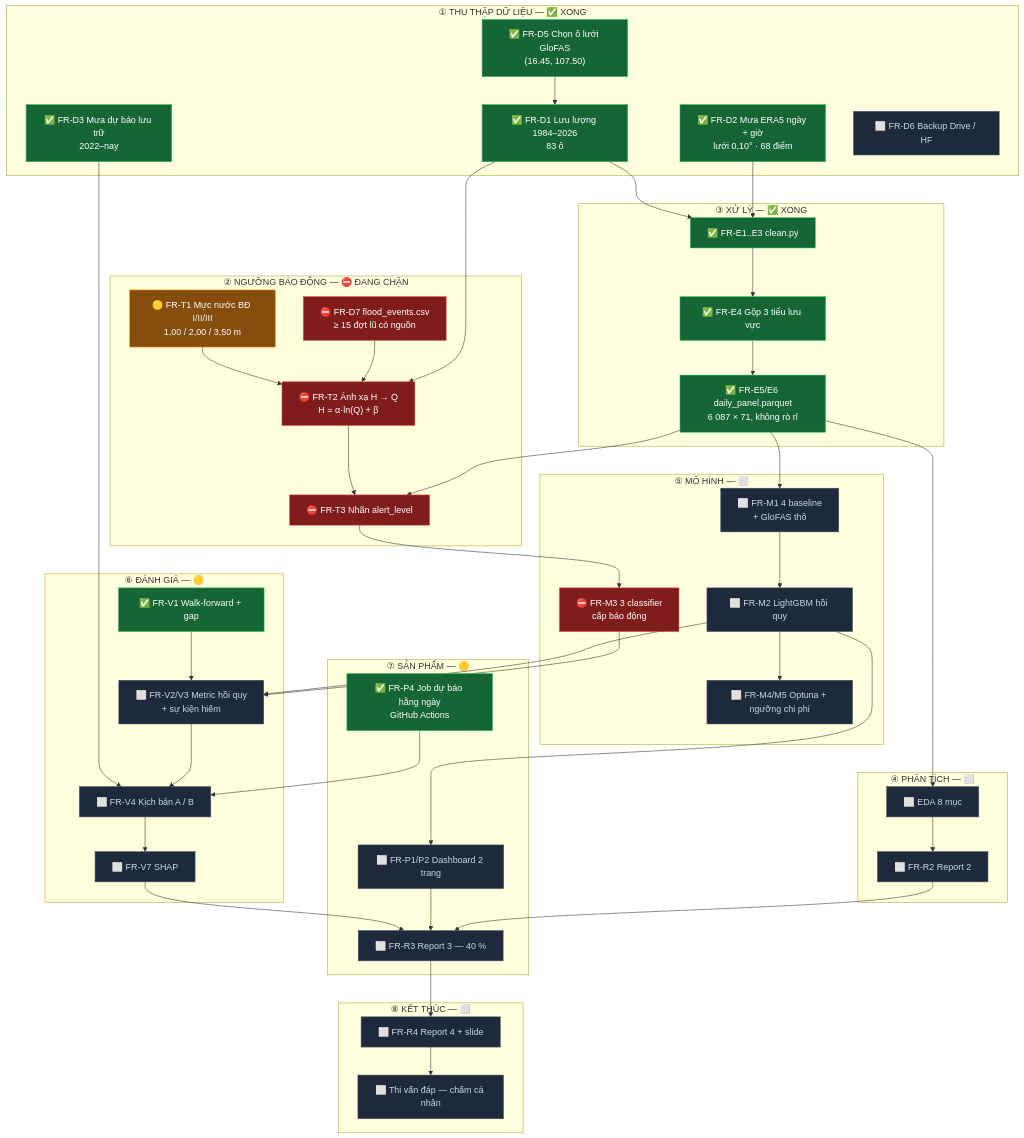
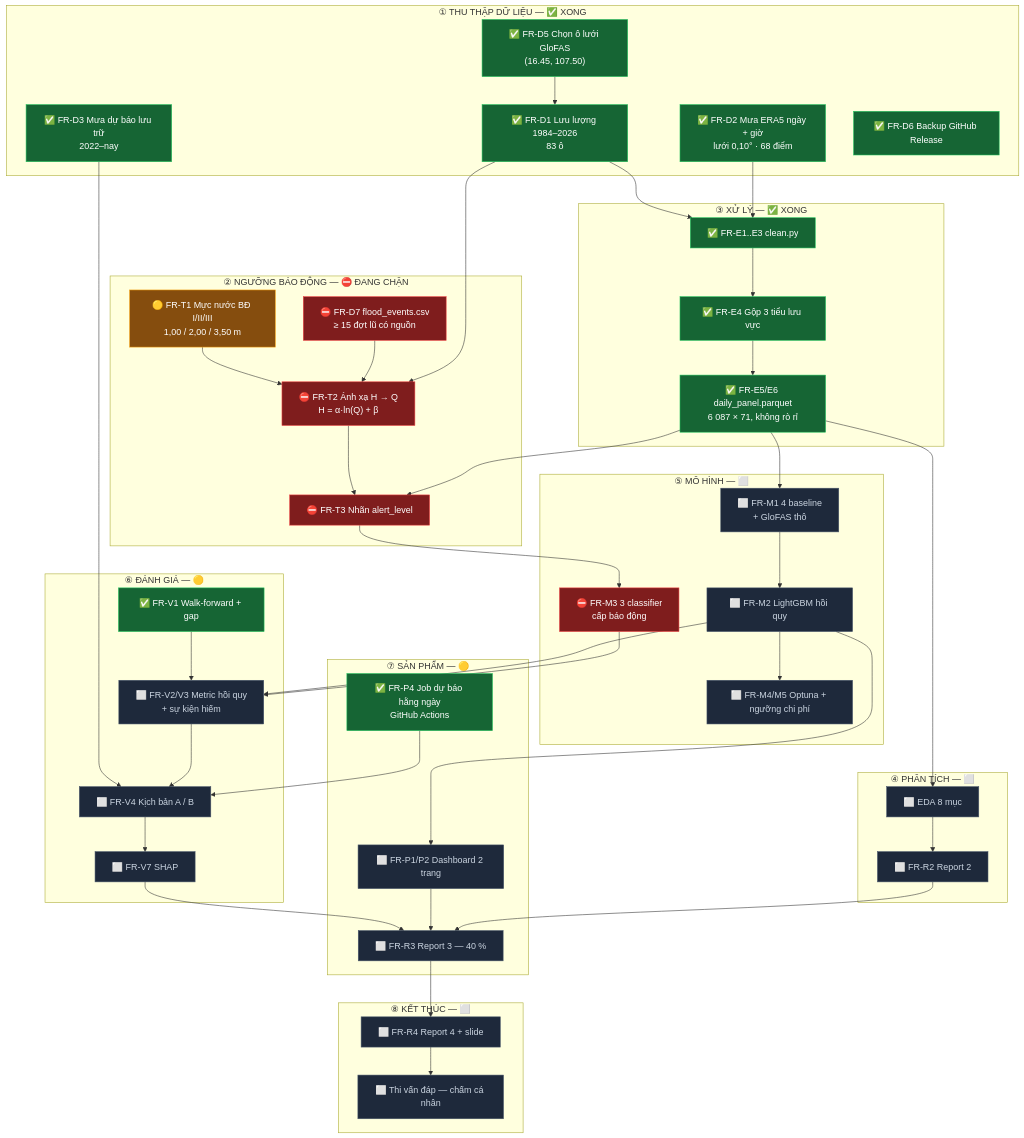
Before and after one commit to GiapDN-13/DSP391m-flood-forecast: the diagram in docs/FLOW.md, drawn with Mermaid. The commit also changed other lines of this file and 6 other files, not shown here.

First line of the commit message:
feat(data): sao luu 124 MB du lieu len GitHub Release (FR-D6)

````diff
--- a/docs/FLOW.md
+++ b/docs/FLOW.md
@@ -9,82 +9,82 @@
 ```mermaid
 flowchart TD
     subgraph A["① THU THẬP DỮ LIỆU — ✅ XONG"]
         A1["✅ FR-D5 Chọn ô lưới GloFAS<br/>(16.45, 107.50)"]
         A2["✅ FR-D1 Lưu lượng 1984–2026<br/>83 ô"]
         A3["✅ FR-D2 Mưa ERA5 ngày + giờ<br/>lưới 0,10° · 68 điểm"]
         A4["✅ FR-D3 Mưa dự báo lưu trữ<br/>2022–nay"]
-        A5["⬜ FR-D6 Backup Drive / HF"]
+        A5["✅ FR-D6 Backup GitHub Release"]
     end
 
     subgraph B["② NGƯỠNG BÁO ĐỘNG — ⛔ ĐANG CHẶN"]
         B1["🟡 FR-T1 Mực nước BĐ I/II/III<br/>1,00 / 2,00 / 3,50 m"]
         B2["⛔ FR-D7 flood_events.csv<br/>≥ 15 đợt lũ có nguồn"]
         B3["⛔ FR-T2 Ánh xạ H → Q<br/>H = α·ln(Q) + β"]
         B4["⛔ FR-T3 Nhãn alert_level"]
     end
 
     subgraph C["③ XỬ LÝ — ✅ XONG"]
         C1["✅ FR-E1..E3 clean.py"]
         C2["✅ FR-E4 Gộp 3 tiểu lưu vực"]
         C3["✅ FR-E5/E6 daily_panel.parquet<br/>6 087 × 71, không rò rỉ"]
     end
 
     subgraph D["④ PHÂN TÍCH — ⬜"]
         D1["⬜ EDA 8 mục"]
         D2["⬜ FR-R2 Report 2"]
     end
 
     subgraph E["⑤ MÔ HÌNH — ⬜"]
         E1["⬜ FR-M1 4 baseline<br/>+ GloFAS thô"]
         E2["⬜ FR-M2 LightGBM hồi quy"]
         E3["⛔ FR-M3 3 classifier<br/>cấp báo động"]
         E4["⬜ FR-M4/M5 Optuna + ngưỡng chi phí"]
     end
 
     subgraph F["⑥ ĐÁNH GIÁ — 🟡"]
         F1["✅ FR-V1 Walk-forward + gap"]
         F2["⬜ FR-V2/V3 Metric hồi quy<br/>+ sự kiện hiếm"]
         F3["⬜ FR-V4 Kịch bản A / B"]
         F4["⬜ FR-V7 SHAP"]
     end
 
     subgraph G["⑦ SẢN PHẨM — 🟡"]
         G1["✅ FR-P4 Job dự báo hằng ngày<br/>GitHub Actions"]
         G2["⬜ FR-P1/P2 Dashboard 2 trang"]
         G3["⬜ FR-R3 Report 3 — 40 %"]
     end
 
     subgraph H["⑧ KẾT THÚC — ⬜"]
         H1["⬜ FR-R4 Report 4 + slide"]
         H2["⬜ Thi vấn đáp — chấm cá nhân"]
     end
 
     A2 --> C1
     A3 --> C1
     C1 --> C2 --> C3
     A1 --> A2
     B1 --> B3
     B2 --> B3 --> B4
     A2 --> B3
     C3 --> B4
     C3 --> D1 --> D2
     B4 --> E3
     C3 --> E1 --> E2 --> E4
     A4 --> F3
     E2 --> F2
     E3 --> F2
     F1 --> F2 --> F3 --> F4
     F4 --> G3
     E2 --> G2 --> G3
     G1 --> F3
     D2 --> G3 --> H1 --> H2
 
     classDef done fill:#166534,stroke:#22c55e,color:#fff
     classDef wip fill:#854d0e,stroke:#f59e0b,color:#fff
     classDef blocked fill:#7f1d1d,stroke:#ef4444,color:#fff
     classDef todo fill:#1e293b,stroke:#475569,color:#cbd5e1
-    class A1,A2,A3,A4,C1,C2,C3,F1,G1 done
+    class A1,A2,A3,A4,A5,C1,C2,C3,F1,G1 done
     class B1 wip
     class B2,B3,B4,E3 blocked
-    class A5,D1,D2,E1,E2,E4,F2,F3,F4,G2,G3,H1,H2 todo
+    class D1,D2,E1,E2,E4,F2,F3,F4,G2,G3,H1,H2 todo
 ```
````
